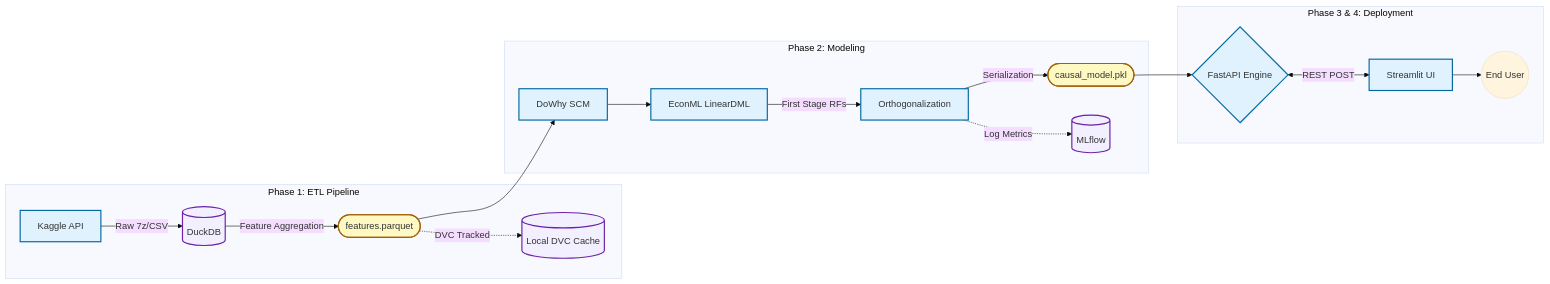
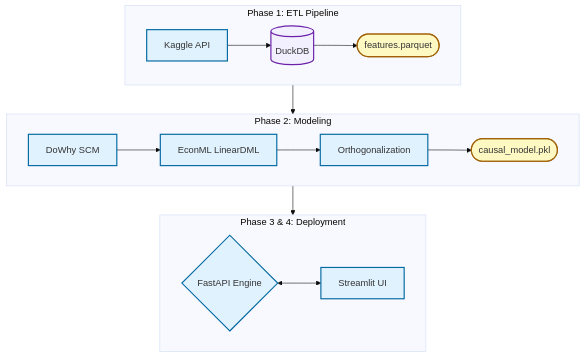
Before and after one commit to PundarikakshNTripathi/Causal-DML: the diagram in README.md, drawn with Mermaid (base theme). The commit also changed other lines of this file and 3 other files, not shown here.

Commit message:
docs: finalize readme architecture diagrams, math blocks, and visualization expansion

````diff
--- a/README.md
+++ b/README.md
@@ -72,34 +83,35 @@
 ```mermaid
-flowchart LR
+flowchart TD
     %% Data Pipeline
     subgraph Data_Engineering [Phase 1: ETL Pipeline]
-        K[Kaggle API] -->|Raw 7z/CSV| D[(DuckDB)]
-        D -->|Feature Aggregation| P([features.parquet])
-        P -.->|DVC Tracked| S3[(Local DVC Cache)]
+        direction LR
+        K[Kaggle API] --> D[(DuckDB)]
+        D --> P([features.parquet])
     end
 
     %% Causal Modeling
     subgraph Causal_Modeling [Phase 2: Modeling]
-        P --> CM[DoWhy SCM]
-        CM --> Econ[EconML LinearDML]
-        Econ -->|First Stage RFs| Ortho[Orthogonalization]
-        Ortho -->|Serialization| PKL([causal_model.pkl])
-        Ortho -.->|Log Metrics| MLF[(MLflow)]
+        direction LR
+        CM[DoWhy SCM] --> Econ[EconML LinearDML]
+        Econ --> Ortho[Orthogonalization]
+        Ortho --> PKL([causal_model.pkl])
     end
 
     %% Deployment
     subgraph Microservices [Phase 3 & 4: Deployment]
-        PKL --> API{FastAPI Engine}
-        API <-->|REST POST| UI[Streamlit UI]
-        UI --> User((End User))
+        direction LR
+        API{FastAPI Engine} <--> UI[Streamlit UI]
     end
+    
+    P --> CM
+    PKL --> API
 
     %% Styling
     classDef database fill:#f2f0ff,stroke:#6b21a8,stroke-width:2px;
     classDef process fill:#e0f2fe,stroke:#0369a1,stroke-width:2px;
     classDef artifact fill:#fef9c3,stroke:#a16207,stroke-width:2px;
     
-    class D,S3,MLF database;
+    class D,MLF database;
     class K,CM,Econ,Ortho,API,UI process;
     class P,PKL artifact;
 ```
````
